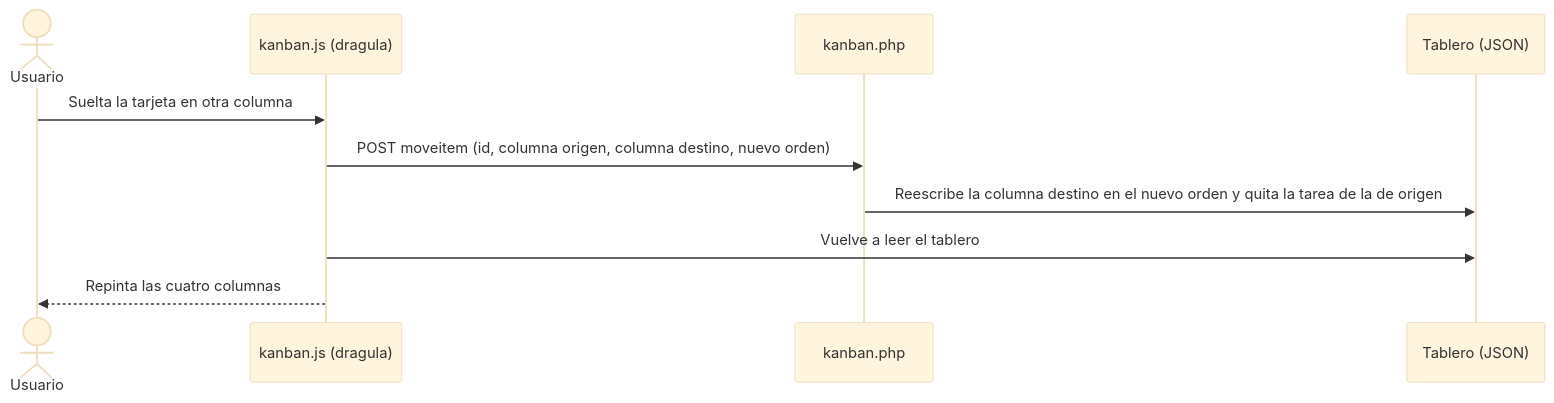
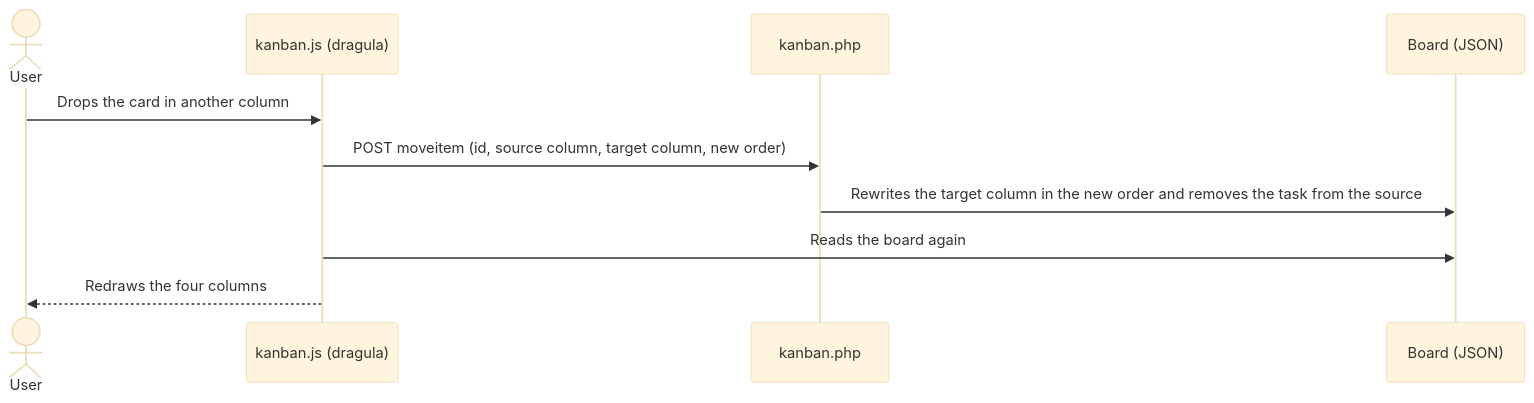
The second of 2 diagrams in README.md (RafaelAMunozDev/kanban-proyectos), drawn with Mermaid (base theme) before and after one commit. The commit also changed other lines of this file and 1 other file, not shown here.

````diff
--- a/README.md
+++ b/README.md
@@ -143,13 +149,13 @@
 ```mermaid
 sequenceDiagram
-    actor U as Usuario
+    actor U as User
     participant JS as kanban.js (dragula)
     participant PHP as kanban.php
-    participant F as Tablero (JSON)
+    participant F as Board (JSON)
 
-    U->>JS: Suelta la tarjeta en otra columna
-    JS->>PHP: POST moveitem (id, columna origen, columna destino, nuevo orden)
-    PHP->>F: Reescribe la columna destino en el nuevo orden y quita la tarea de la de origen
-    JS->>F: Vuelve a leer el tablero
-    JS-->>U: Repinta las cuatro columnas
+    U->>JS: Drops the card in another column
+    JS->>PHP: POST moveitem (id, source column, target column, new order)
+    PHP->>F: Rewrites the target column in the new order and removes the task from the source
+    JS->>F: Reads the board again
+    JS-->>U: Redraws the four columns
 ```
````
